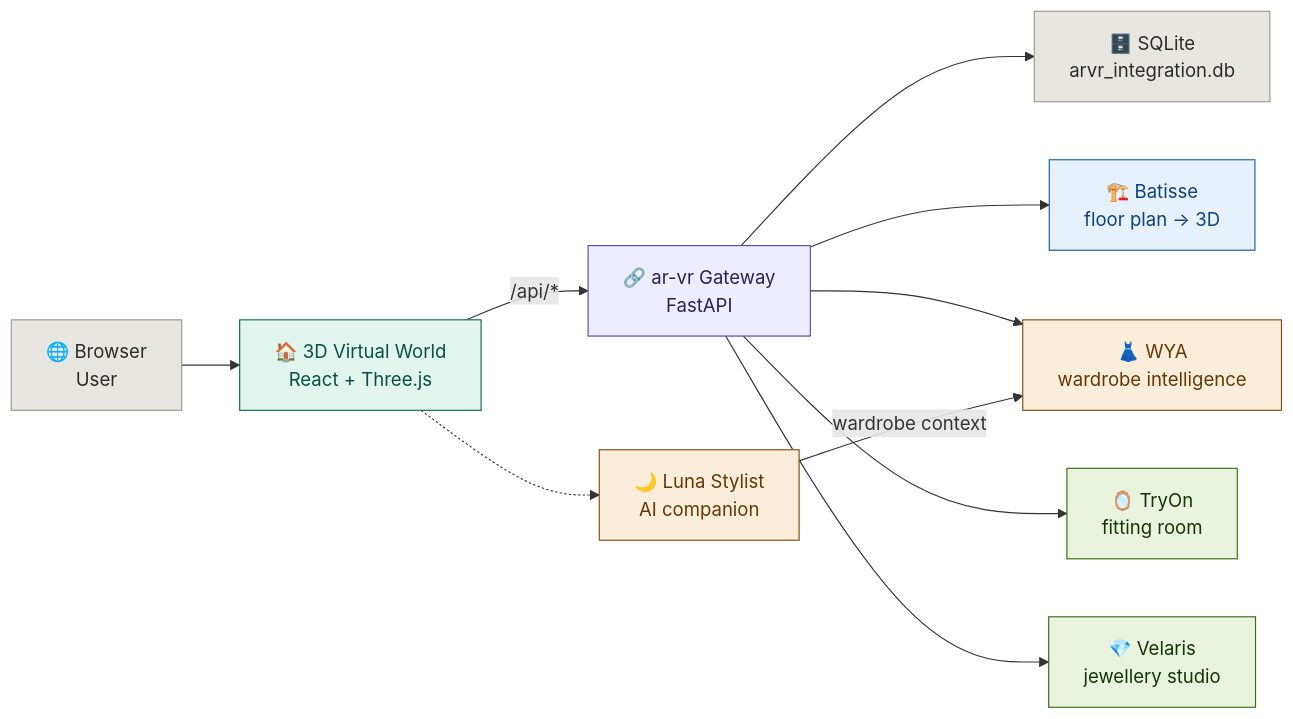
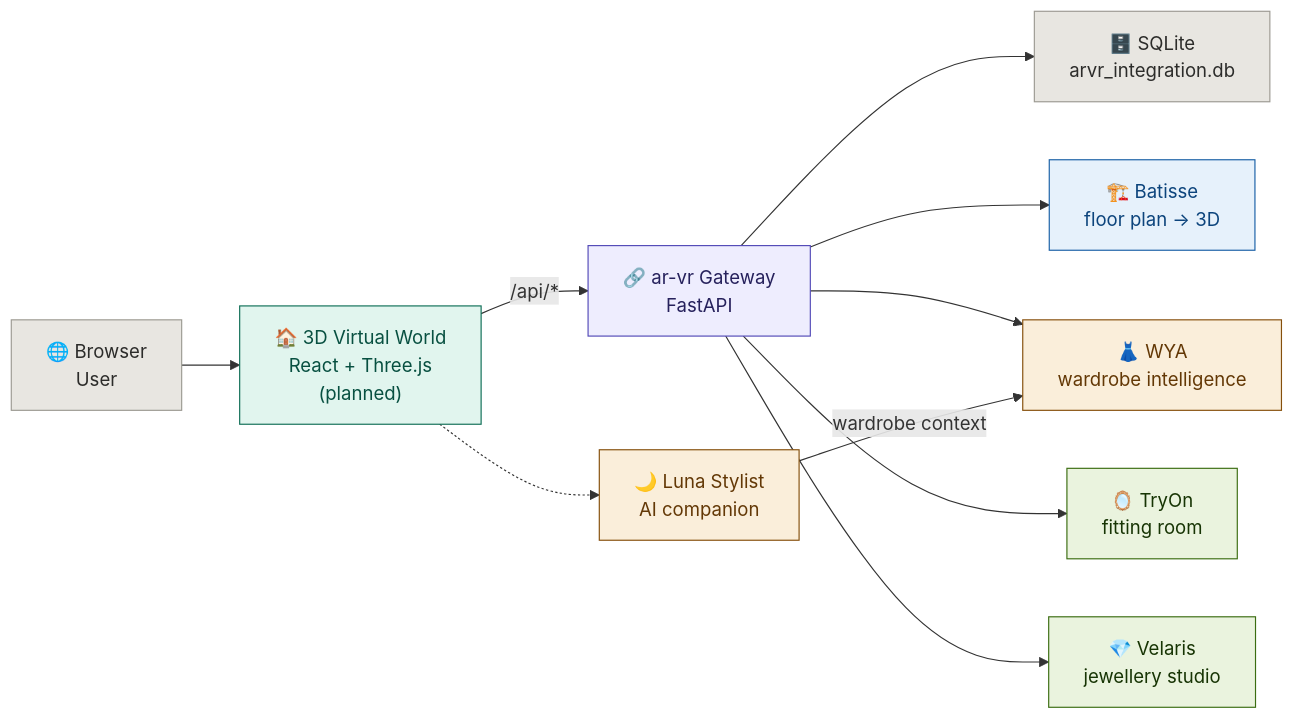
The diagram in README.md (ria0304/ORVYNE), drawn with Mermaid before and after one commit. The commit also changed other lines of this file, not shown here.

````diff
--- a/README.md
+++ b/README.md
@@ -143,29 +181,29 @@
 ```mermaid
 flowchart LR
     A["🌐 Browser<br/>User"]:::gray
-    B["🏠 3D Virtual World<br/>React + Three.js"]:::teal
+    B["🏠 3D Virtual World<br/>React + Three.js<br/>(planned)"]:::teal
     C["🔗 ar-vr Gateway<br/>FastAPI"]:::purple
     D["🗄️ SQLite<br/>arvr_integration.db"]:::gray
     E["🏗️ Batisse<br/>floor plan → 3D"]:::blue
     F["👗 WYA<br/>wardrobe intelligence"]:::amber
     G["🪞 TryOn<br/>fitting room"]:::green
     H["💎 Velaris<br/>jewellery studio"]:::green
     I["🌙 Luna Stylist<br/>AI companion"]:::amber
 
     A --> B
     B -->|"/api/*"| C
     C --> D
     C --> E
     C --> F
     C --> G
     C --> H
     I -->|"wardrobe context"| F
     B -.-> I
 
     classDef gray   fill:#e8e6e1,stroke:#9c9a92,color:#2C2C2A
     classDef teal   fill:#E1F5EE,stroke:#0F6E56,color:#085041
     classDef blue   fill:#E6F1FB,stroke:#185FA5,color:#0C447C
     classDef amber  fill:#FAEEDA,stroke:#854F0B,color:#633806
     classDef purple fill:#EEEDFE,stroke:#534AB7,color:#26215C
     classDef green  fill:#EAF3DE,stroke:#3B6D11,color:#173404
 ```
````
